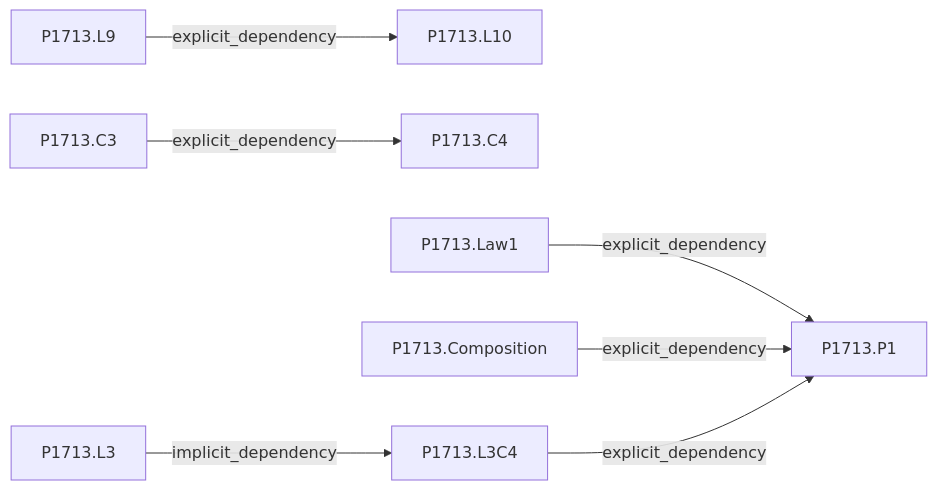
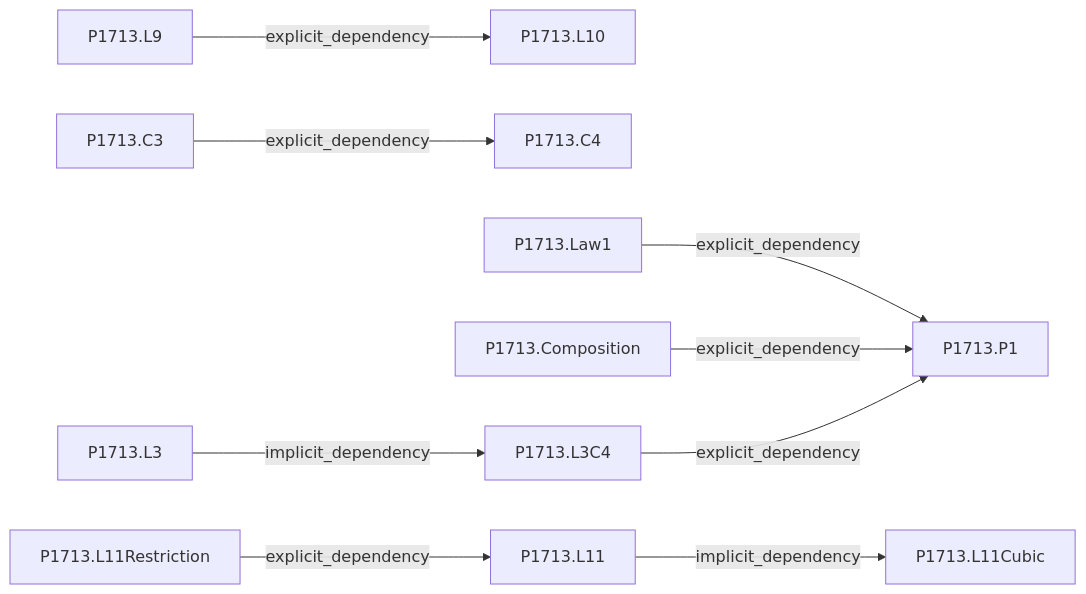
One commit to arivero/newtonlean changed the second of 6 diagrams in research/graphs.md. Above: the diagram before and after it, drawn with Mermaid. The commit also changed other lines of this file and 10 other files, not shown here.

````diff
--- a/research/graphs.md
+++ b/research/graphs.md
@@ -25,18 +30,23 @@
 ```mermaid
 flowchart LR
   n5["P1713.L9"]
   n6["P1713.L10"]
   n7["P1713.C3"]
   n8["P1713.C4"]
   n15["P1713.P1"]
   n16["P1713.L3"]
   n17["P1713.L3C4"]
   n18["P1713.Law1"]
   n19["P1713.Composition"]
+  n25["P1713.L11"]
+  n26["P1713.L11Cubic"]
+  n27["P1713.L11Restriction"]
   n5 -->|explicit_dependency| n6
   n7 -->|explicit_dependency| n8
   n18 -->|explicit_dependency| n15
   n19 -->|explicit_dependency| n15
   n17 -->|explicit_dependency| n15
   n16 -->|implicit_dependency| n17
+  n25 -->|implicit_dependency| n26
+  n27 -->|explicit_dependency| n25
 ```
````
